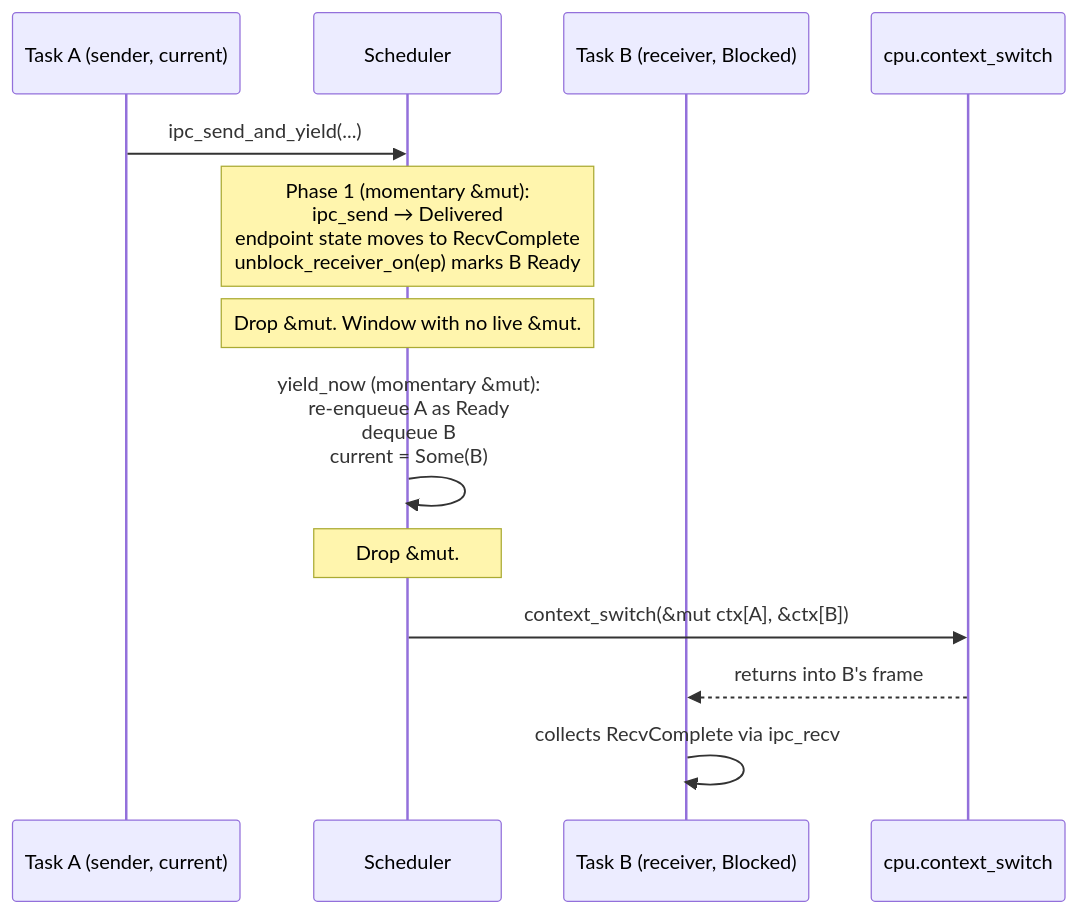
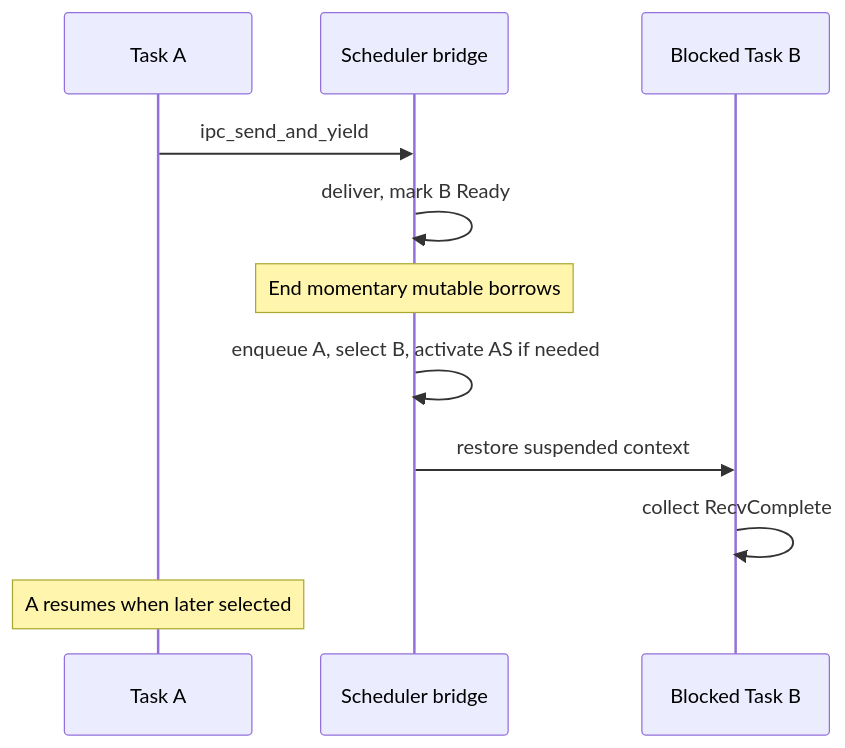
Before and after one commit to HodeTech/Tyrne: the second of 2 diagrams in docs/architecture/scheduler.md, drawn with Mermaid. The commit also changed other lines of this file and 216 other files, not shown here.

````diff
--- a/docs/architecture/scheduler.md
+++ b/docs/architecture/scheduler.md
@@ -124,15 +84,13 @@
 ```mermaid
 sequenceDiagram
-    participant A as Task A (sender, current)
-    participant Sched as Scheduler
-    participant B as Task B (receiver, Blocked)
-    participant CPU as cpu.context_switch
-    A->>Sched: ipc_send_and_yield(...)
-    Note over Sched: Phase 1 (momentary &mut):<br/>ipc_send → Delivered<br/>endpoint state moves to RecvComplete<br/>unblock_receiver_on(ep) marks B Ready
-    Note over Sched: Drop &mut. Window with no live &mut.
-    Sched->>Sched: yield_now (momentary &mut):<br/>re-enqueue A as Ready<br/>dequeue B<br/>current = Some(B)
-    Note over Sched: Drop &mut.
-    Sched->>CPU: context_switch(&mut ctx[A], &ctx[B])
-    CPU-->>B: returns into B's frame
-    B->>B: collects RecvComplete via ipc_recv
+    participant A as Task A
+    participant S as Scheduler bridge
+    participant B as Blocked Task B
+    A->>S: ipc_send_and_yield
+    S->>S: deliver, mark B Ready
+    Note over S: End momentary mutable borrows
+    S->>S: enqueue A, select B, activate AS if needed
+    S->>B: restore suspended context
+    B->>B: collect RecvComplete
+    Note over A: A resumes when later selected
 ```
````
